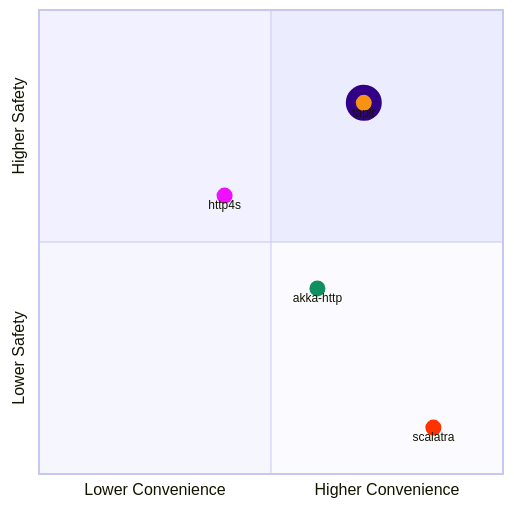
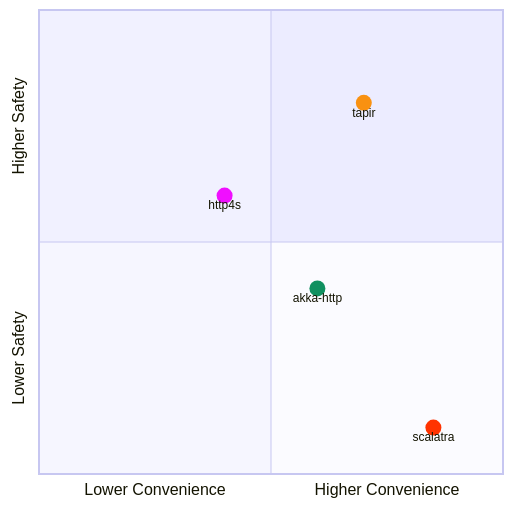
Diagram 14 of 15 in slides/http.md (polyvariant/flavors-of-scala), drawn with Mermaid before and after one commit. The commit also changed other lines of this file and 4 other files, not shown here.

````diff
--- a/slides/http.md
+++ b/slides/http.md
@@ -904,14 +904,15 @@
 ```mermaid {scale: 0.9}
 quadrantChart
   x-axis Lower Convenience --> Higher Convenience
   y-axis Lower Safety --> Higher Safety
   scalatra:::scalatra: [0.85, 0.1]
   akka-http:::akka: [0.6, 0.4]
   http4s:::http4s: [0.4, 0.6]
   tapir:::tapir: [0.7, 0.8]
 
   classDef scalatra color: #ff3300, radius : 8
   classDef akka color: #109060, radius : 8
   classDef http4s color: #f00fff, radius : 8
-  classDef tapir color: #F99111, radius : 13, stroke-color: #310085, stroke-width: 10px
+  classDef tapir color: #F99111, radius : 8
+  classDef play color: #92d13d, radius : 13, stroke-color: #310085, stroke-width: 10px
 ```
````
